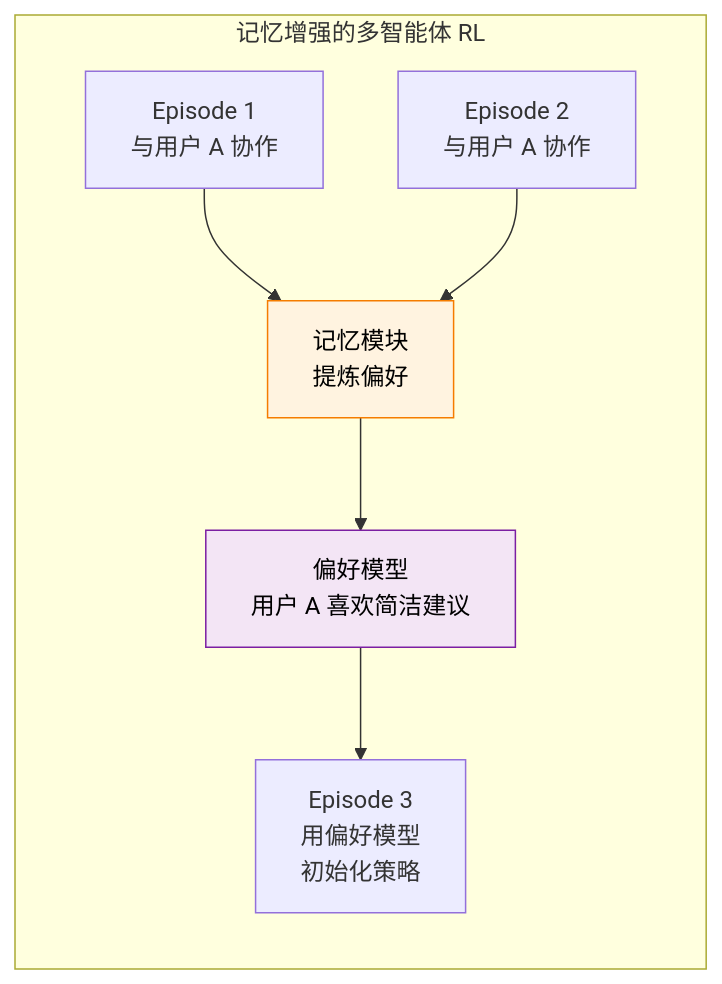
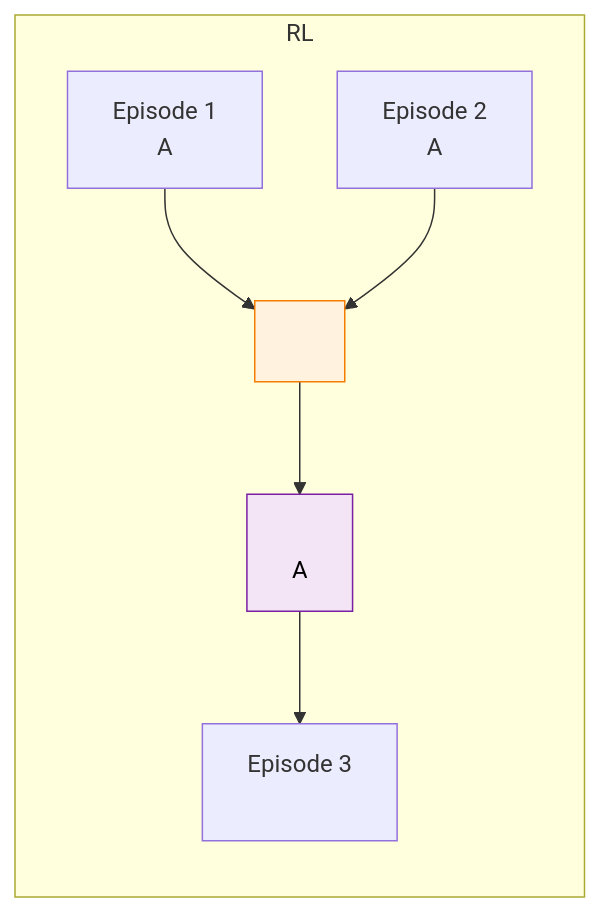
Before and after one commit to letslego/hands-on-modern-rl: the third of 5 diagrams in docs/chapter12_future_trends/llm-multi-agent-rl/index.md, drawn with Mermaid. The commit also changed other lines of this file and 267 other files, not shown here.

````diff
--- a/docs/chapter12_future_trends/llm-multi-agent-rl/index.md
+++ b/docs/chapter12_future_trends/llm-multi-agent-rl/index.md
@@ -168,12 +168,12 @@
 ```mermaid
 flowchart LR
-    subgraph "记忆增强的多智能体 RL"
-        E1["Episode 1\n与用户 A 协作"] --> M["记忆模块\n提炼偏好"]
-        E2["Episode 2\n与用户 A 协作"] --> M
-        M --> P["偏好模型\n用户 A 喜欢简洁建议"]
-        P --> E3["Episode 3\n用偏好模型\n初始化策略"]
+    subgraph " RL"
+        E1["Episode 1\n A "] --> M["\n"]
+        E2["Episode 2\n A "] --> M
+        M --> P["\n A "]
+        P --> E3["Episode 3\n\n"]
     end
 
     style M fill:#fff3e0,stroke:#f57c00,color:#000
     style P fill:#f3e5f5,stroke:#7b1fa2,color:#000
 ```
````
